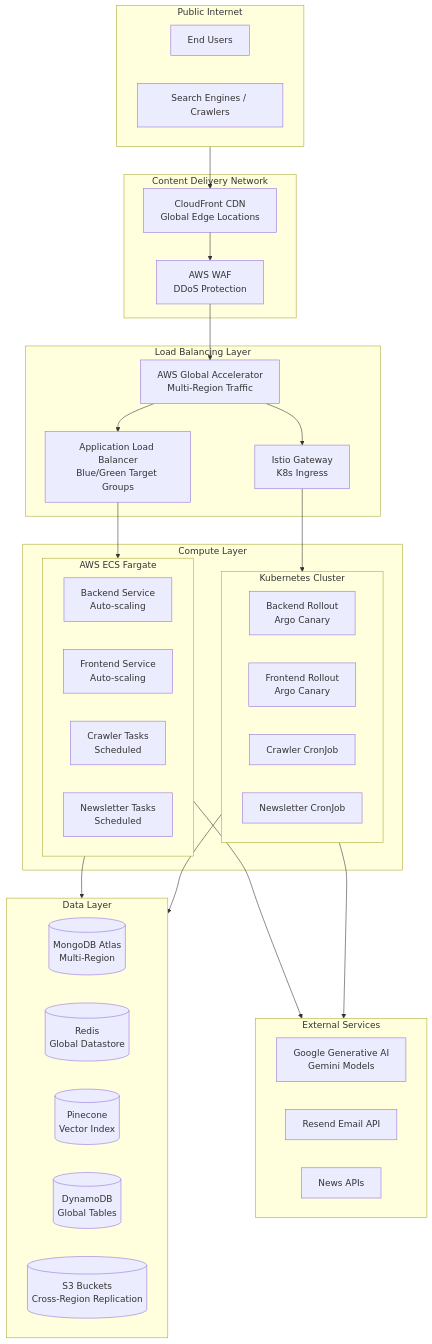
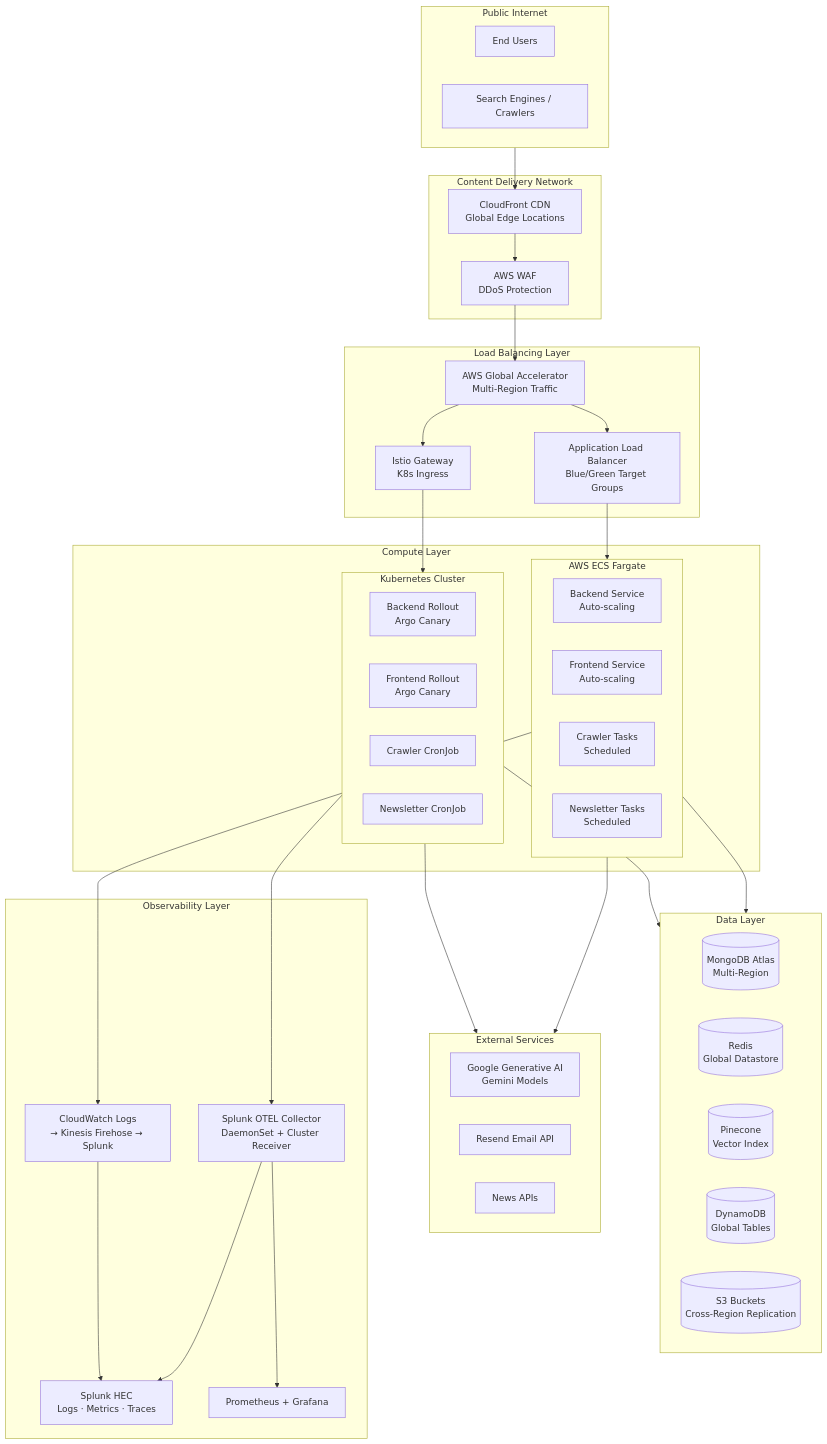
The second of 23 diagrams in ARCHITECTURE.md (hoangsonww/AI-Gov-Content-Curator), drawn with Mermaid before and after one commit. The commit also changed other lines of this file and 40 other files, not shown here.

First line of the commit message:
docs: add Splunk/OTEL to README, ARCHITECTURE, DEPLOYMENT with Mermaid diagrams

````diff
--- a/ARCHITECTURE.md
+++ b/ARCHITECTURE.md
@@ -170,60 +186,72 @@
 ```mermaid
 flowchart TB
     subgraph Internet["Public Internet"]
         Users[End Users]
         Bots[Search Engines / Crawlers]
     end
 
     subgraph CDN["Content Delivery Network"]
         CloudFront[CloudFront CDN<br/>Global Edge Locations]
         WAF[AWS WAF<br/>DDoS Protection]
     end
 
     subgraph LoadBalancing["Load Balancing Layer"]
         GlobalAccel[AWS Global Accelerator<br/>Multi-Region Traffic]
         ALB[Application Load Balancer<br/>Blue/Green Target Groups]
         IstioGW[Istio Gateway<br/>K8s Ingress]
     end
 
     subgraph Compute["Compute Layer"]
         subgraph AWS["AWS ECS Fargate"]
             ECSBack[Backend Service<br/>Auto-scaling]
             ECSFront[Frontend Service<br/>Auto-scaling]
             ECSCrawler[Crawler Tasks<br/>Scheduled]
             ECSNewsletter[Newsletter Tasks<br/>Scheduled]
         end
 
         subgraph K8s["Kubernetes Cluster"]
             K8sBack[Backend Rollout<br/>Argo Canary]
             K8sFront[Frontend Rollout<br/>Argo Canary]
             K8sCrawler[Crawler CronJob]
             K8sNewsletter[Newsletter CronJob]
         end
     end
 
     subgraph Data["Data Layer"]
         MongoDB[(MongoDB Atlas<br/>Multi-Region)]
         Redis[(Redis<br/>Global Datastore)]
         Pinecone[(Pinecone<br/>Vector Index)]
         DynamoDB[(DynamoDB<br/>Global Tables)]
         S3[(S3 Buckets<br/>Cross-Region Replication)]
     end
 
     subgraph External["External Services"]
         GoogleAI[Google Generative AI<br/>Gemini Models]
         ResendAPI[Resend Email API]
         NewsAPI[News APIs]
     end
 
+    subgraph Observability["Observability Layer"]
+        SplunkOTEL[Splunk OTEL Collector<br/>DaemonSet + Cluster Receiver]
+        SplunkHEC[Splunk HEC<br/>Logs · Metrics · Traces]
+        Prometheus[Prometheus + Grafana]
+        CWLogs[CloudWatch Logs<br/>→ Kinesis Firehose → Splunk]
+    end
+
     Internet --> CloudFront
     CloudFront --> WAF
     WAF --> GlobalAccel
     GlobalAccel --> ALB
     GlobalAccel --> IstioGW
     ALB --> AWS
     IstioGW --> K8s
     AWS --> Data
     K8s --> Data
     AWS --> External
     K8s --> External
+    K8s --> SplunkOTEL
+    SplunkOTEL --> SplunkHEC
+    SplunkOTEL --> Prometheus
+    AWS --> CWLogs
+    CWLogs --> SplunkHEC
 ```
````
